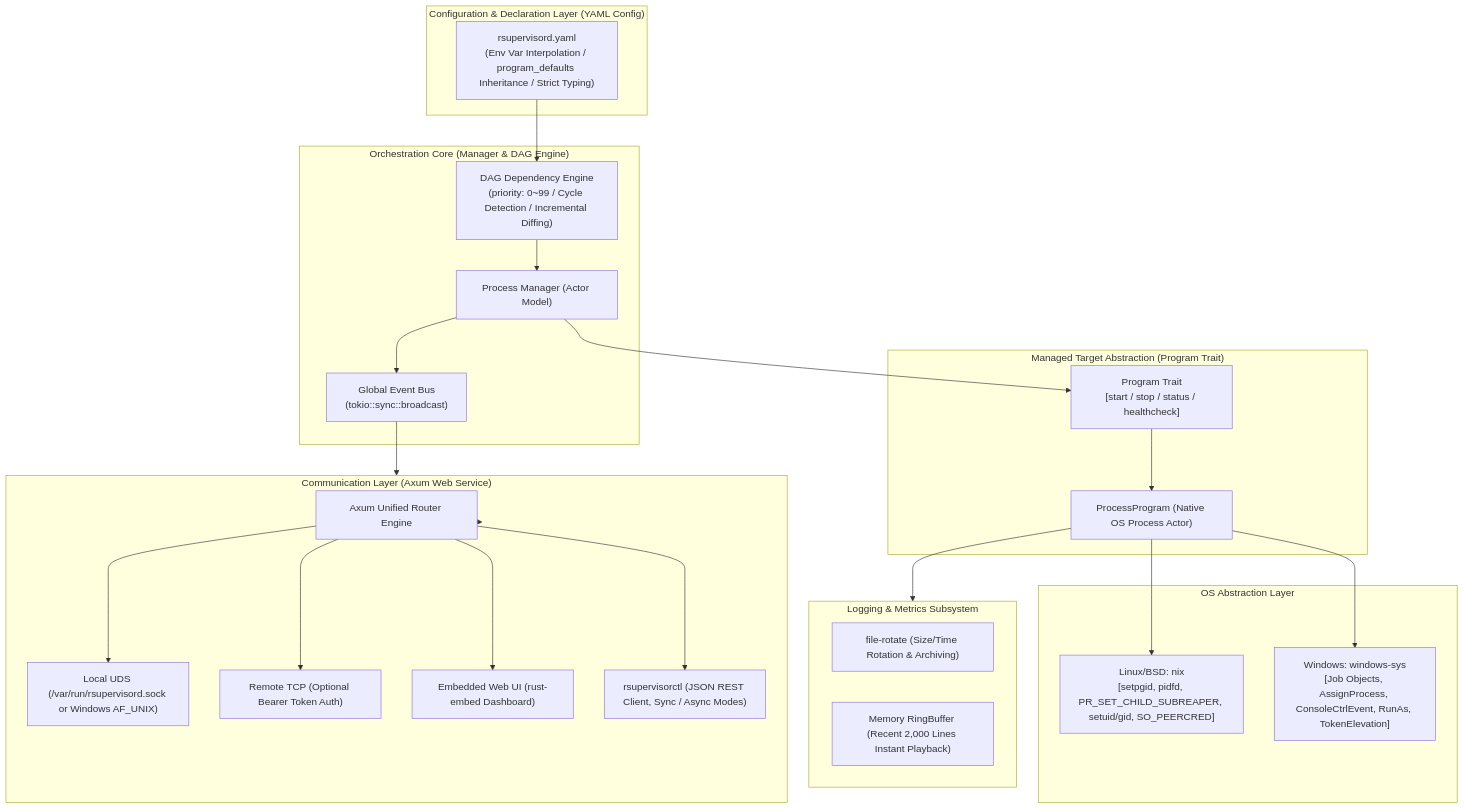
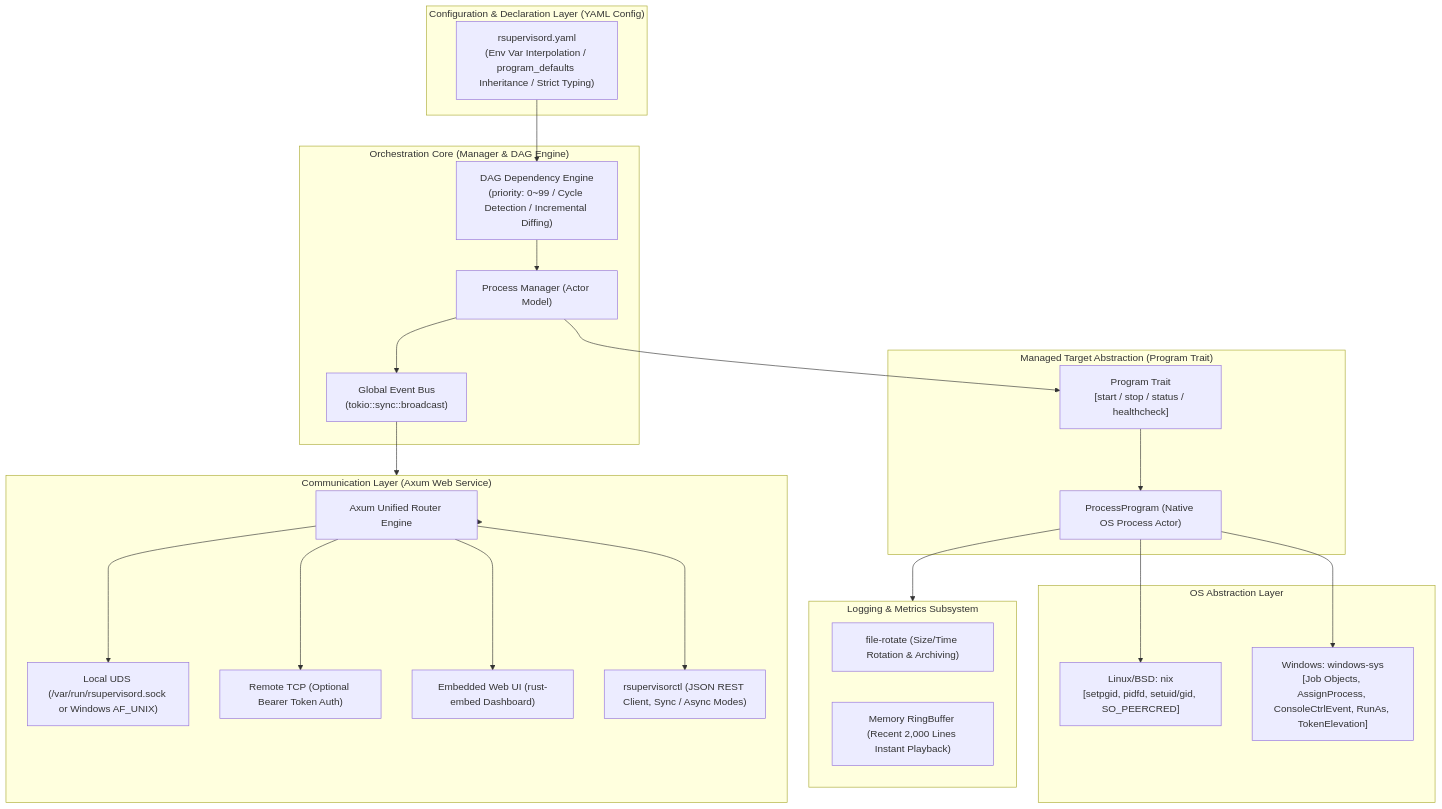
One commit to spritetong/rsupervisord changed the diagram in docs/PRD.md. Above: the diagram before and after it, drawn with Mermaid. The commit also changed other lines of this file and 5 other files, not shown here.

````diff
--- a/docs/PRD.md
+++ b/docs/PRD.md
@@ -36,49 +36,49 @@
 ```mermaid
 flowchart TD
     subgraph ConfigLayer ["Configuration & Declaration Layer (YAML Config)"]
         YAML["rsupervisord.yaml\n(Env Var Interpolation / program_defaults Inheritance / Strict Typing)"]
     end
 
     subgraph ManagerLayer ["Orchestration Core (Manager & DAG Engine)"]
         DAG["DAG Dependency Engine\n(priority: 0~99 / Cycle Detection / Incremental Diffing)"]
         Supervisor["Process Manager (Actor Model)"]
         EventBus["Global Event Bus\n(tokio::sync::broadcast)"]
     end
 
     subgraph ProgramTraitLayer ["Managed Target Abstraction (Program Trait)"]
         Trait["Program Trait\n[start / stop / status / healthcheck]"]
         ProcessProgram["ProcessProgram (Native OS Process Actor)"]
     end
 
     subgraph PlatformLayer ["OS Abstraction Layer"]
-        PosixBackend["Linux/BSD: nix\n[setpgid, pidfd, PR_SET_CHILD_SUBREAPER, setuid/gid, SO_PEERCRED]"]
+        PosixBackend["Linux/BSD: nix\n[setpgid, pidfd, setuid/gid, SO_PEERCRED]"]
         WinBackend["Windows: windows-sys\n[Job Objects, AssignProcess, ConsoleCtrlEvent, RunAs, TokenElevation]"]
     end
 
     subgraph LoggingLayer ["Logging & Metrics Subsystem"]
         Rotate["file-rotate (Size/Time Rotation & Archiving)"]
         RingBuf["Memory RingBuffer (Recent 2,000 Lines Instant Playback)"]
     end
 
     subgraph CommunicationLayer ["Communication Layer (Axum Web Service)"]
         Endpoints["Axum Unified Router Engine"]
         UDS["Local UDS (/var/run/rsupervisord.sock or Windows AF_UNIX)"]
         TCP["Remote TCP (Optional Bearer Token Auth)"]
         WebUI["Embedded Web UI (rust-embed Dashboard)"]
         CLI["rsupervisorctl (JSON REST Client, Sync / Async Modes)"]
     end
 
     YAML --> DAG --> Supervisor
     Supervisor --> Trait
     Trait --> ProcessProgram
     ProcessProgram --> PosixBackend
     ProcessProgram --> WinBackend
     ProcessProgram --> LoggingLayer
     Supervisor --> EventBus
     EventBus --> CommunicationLayer
     CommunicationLayer --> Endpoints
     Endpoints --> UDS
     Endpoints --> TCP
     Endpoints --> WebUI
     Endpoints --> CLI
 ```
````
